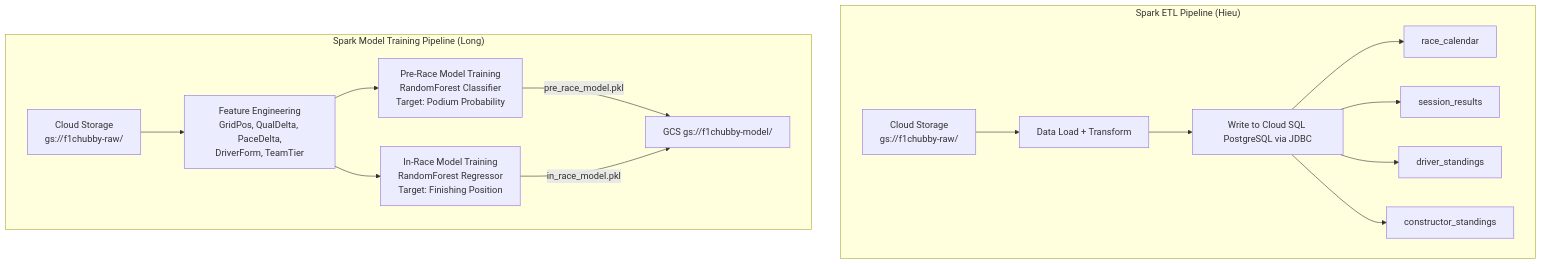
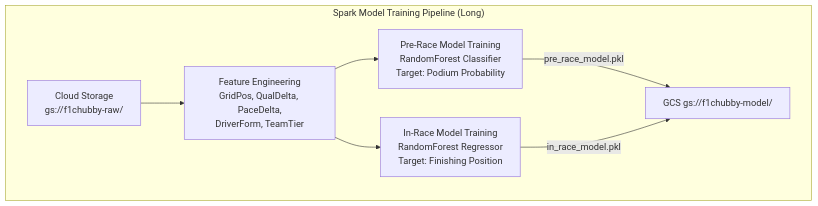
The second of 11 diagrams in revised_plan.md (nmk-k66-uet/F1-Chubby-Data), drawn with Mermaid before and after one commit. The commit also changed other lines of this file, not shown here.

````diff
--- a/revised_plan.md
+++ b/revised_plan.md
@@ -72,19 +70,10 @@
 ```mermaid
 flowchart TD
-    subgraph ETL ["Spark ETL Pipeline (Hieu)"]
-        GCS_E[Cloud Storage<br/>gs://f1chubby-raw/] --> LOAD[Data Load + Transform]
-        LOAD --> PG_WRITE[Write to Cloud SQL PostgreSQL via JDBC]
-        PG_WRITE --> T1[race_calendar]
-        PG_WRITE --> T2[session_results]
-        PG_WRITE --> T3[driver_standings]
-        PG_WRITE --> T4[constructor_standings]
-    end
-
     subgraph TRAIN ["Spark Model Training Pipeline (Long)"]
         GCS_T[Cloud Storage<br/>gs://f1chubby-raw/] --> FEAT[Feature Engineering<br/>GridPos, QualDelta, PaceDelta,<br/>DriverForm, TeamTier]
         FEAT --> PRE_MODEL[Pre-Race Model Training<br/>RandomForest Classifier<br/>Target: Podium Probability]
         FEAT --> IN_MODEL[In-Race Model Training<br/>RandomForest Regressor<br/>Target: Finishing Position]
         PRE_MODEL -->|pre_race_model.pkl| GCS_OUT[GCS gs://f1chubby-model/]
         IN_MODEL -->|in_race_model.pkl| GCS_OUT
     end
 ```
````
